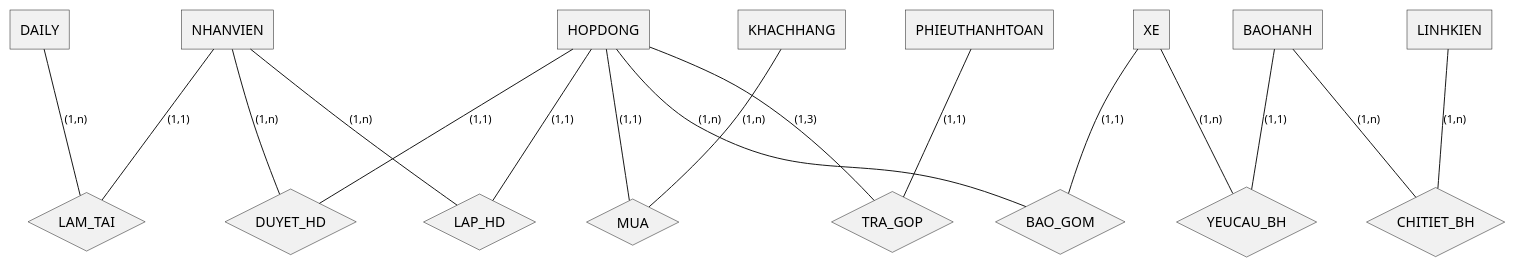
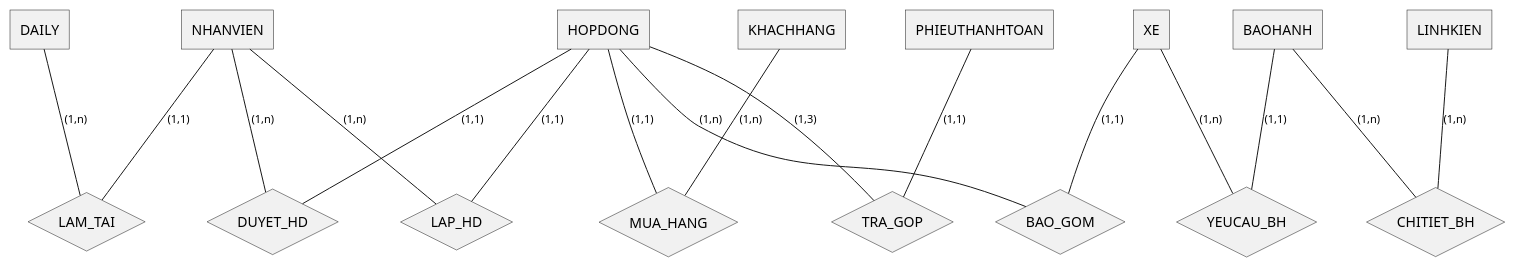
The diagram in uit/courses/IE103/exercises/BTQT2/assets/BTQT2_bai2-ERD.puml (leanhvu21042001/LT.K2025.2-CNTT), drawn with PlantUML before and after one commit.

```diff
--- a/uit/courses/IE103/exercises/BTQT2/assets/BTQT2_bai2-ERD.puml
+++ b/uit/courses/IE103/exercises/BTQT2/assets/BTQT2_bai2-ERD.puml
@@ -1,117 +1,117 @@
 @startchen
 ' Sơ đồ EER (Enhanced ER) cho Bài 2
 ' Vi ERD co ban khong ho tro Ke thua (Inheritance),
 ' chung ta su dung ky phap mo rong (EER) voi ky hieu "=>= d"
 skinparam defaultFontName "Iosevka"
 !pragma layout neato
 
 ' --- Entities ---
 entity DAILY {
   ' MaDaily <<key>>
   ' ViTri
 }
 
 entity NHANVIEN {
   ' MaNV <<key>>
   ' TenNV
   ' ChucVu
 }
 
 entity KHACHHANG {
   ' MaKH <<key>>
   ' TenKH
   ' DiaChi
   ' SDT
 }
 
 entity HOPDONG {
   ' SoHD <<key>>
   ' NgayHD
   ' ThoiGianBH
   ' TienPhaiTT
   ' TienDaTT
   ' GiamTru
 }
 
 entity XE {
   ' SoKhung <<key>>
   ' SoSuon <<key>>
   ' NuocSX
   ' LoaiXe
   ' MauXe
   ' SoPK
 }
 
 entity PHIEUTHANHTOAN {
   ' MaPTT <<key>>
   ' NgayTra
   ' SoTien
 }
 
 entity BAOHANH {
   ' MaBH <<key>>
   ' NgayYeuCau
 }
 
 entity LINHKIEN {
   ' MaLK <<key>>
   ' TenLK
 }
 
 ' --- Relationships ---
 relationship LAM_TAI {
 }
 
 DAILY -(1,n)- LAM_TAI
 NHANVIEN -(1,1)- LAM_TAI
 
 relationship LAP_HD {
 }
 
 NHANVIEN -(1,n)- LAP_HD
 HOPDONG -(1,1)- LAP_HD
 
 relationship DUYET_HD {
   ' NV Ke Toan
 }
 
 NHANVIEN -(1,n)- DUYET_HD
 HOPDONG -(1,1)- DUYET_HD
 
-relationship MUA {
+relationship MUA_HANG {
 }
 
-KHACHHANG -(1,n)- MUA
-HOPDONG -(1,1)- MUA
+KHACHHANG -(1,n)- MUA_HANG
+HOPDONG -(1,1)- MUA_HANG
 
 relationship BAO_GOM {
   ' 1 HD co nhieu Xe
 }
 
 HOPDONG -(1,n)- BAO_GOM
 XE -(1,1)- BAO_GOM
 
 relationship TRA_GOP {
   ' 1 HD co max 3 PTT
 }
 
 HOPDONG -(1,3)- TRA_GOP
 PHIEUTHANHTOAN -(1,1)- TRA_GOP
 
 relationship YEUCAU_BH {
 }
 
 XE -(1,n)- YEUCAU_BH
 BAOHANH -(1,1)- YEUCAU_BH
 
 relationship CHITIET_BH {
   ' n-n giua BAOHANH va LINHKIEN
   ' LyDo
   ' LoiThuocVe
   ' GiaTien
 }
 
 BAOHANH -(1,n)- CHITIET_BH
 LINHKIEN -(1,n)- CHITIET_BH
 
 @endchen
```
